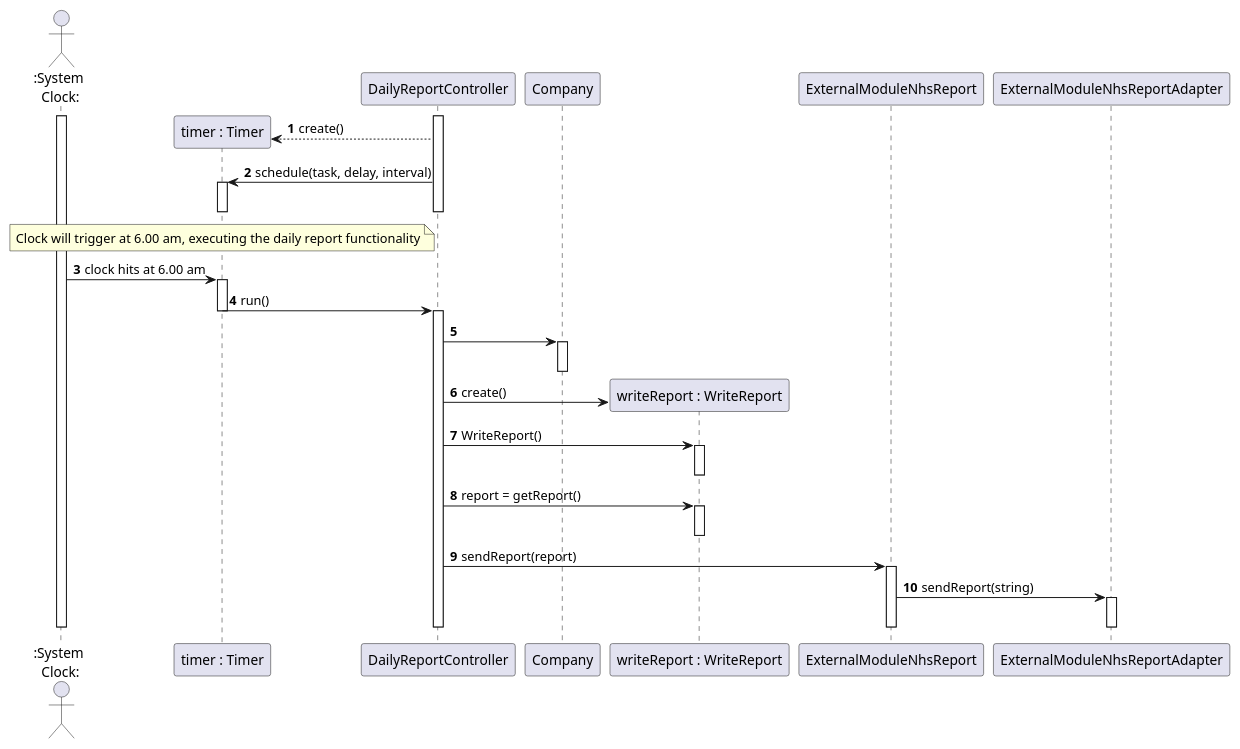
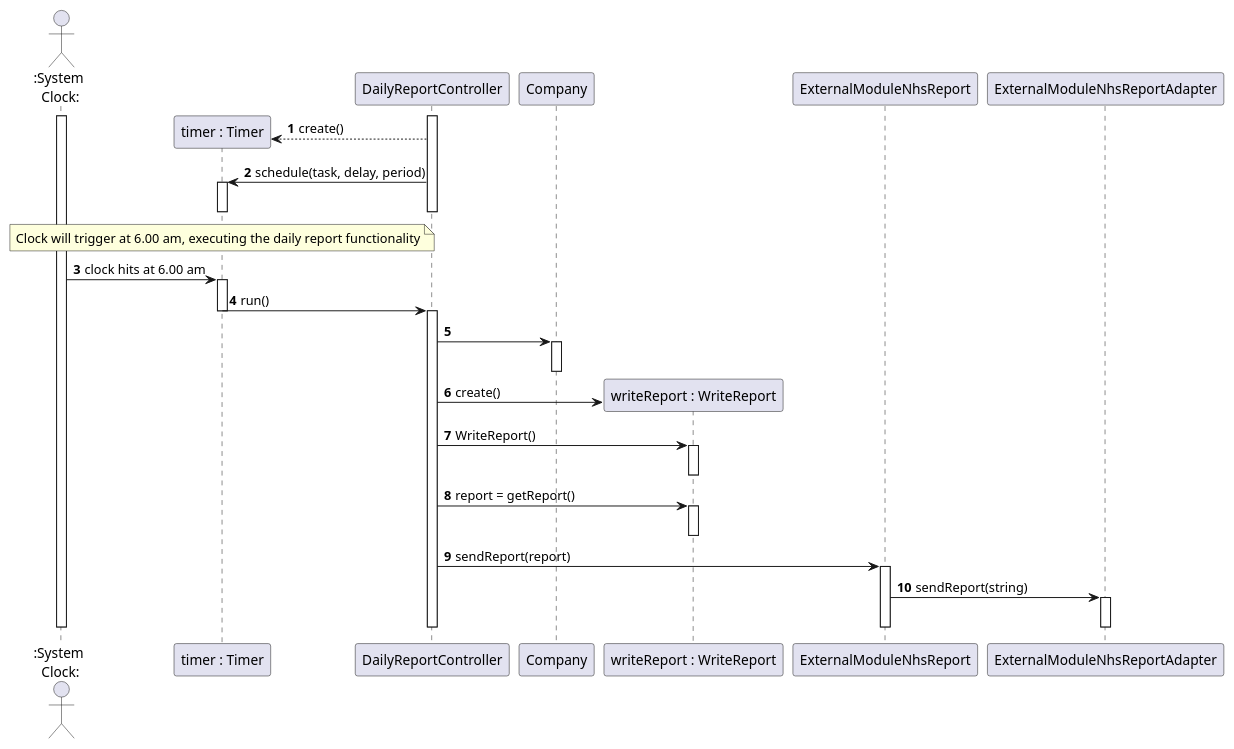
The diagram in docs/SprintD/US19/US19_SD.puml (MadDinosaur/ISEP-LAPR2), drawn with PlantUML before and after one commit. The commit also changed 3 other files, not shown here.

```diff
--- a/docs/SprintD/US19/US19_SD.puml
+++ b/docs/SprintD/US19/US19_SD.puml
@@ -1,53 +1,53 @@
 @startuml
 
 autonumber
 
 actor ":System\n Clock:" as Clock
 participant "timer : Timer" as timer
 participant DailyReportController as controller
 participant Company as company
 participant "writeReport : WriteReport" as writereport
 participant ExternalModuleNhsReport as interface
 participant ExternalModuleNhsReportAdapter as adapter
 
 activate Clock
 activate controller
 create timer
 controller --> timer : create()
-controller -> timer : schedule(task, delay, interval)
+controller -> timer : schedule(task, delay, period)
 activate timer
 deactivate controller
 deactivate timer
 
 note over timer : Clock will trigger at 6.00 am, executing the daily report functionality
 
 Clock -> timer : clock hits at 6.00 am
 activate timer
 timer -> controller : run()
 deactivate timer
 activate controller
 
 controller -> company
 activate company
 deactivate company
 
 create writereport
 controller -> writereport : create()
 controller -> writereport : WriteReport()
 activate writereport
 deactivate writereport
 controller -> writereport : report = getReport()
 activate writereport
 deactivate writereport
 
 controller -> interface : sendReport(report)
 activate interface
 interface -> adapter : sendReport(string)
 activate adapter
 deactivate interface
 deactivate adapter
 deactivate controller
 
 deactivate Clock
 
 @enduml
```
